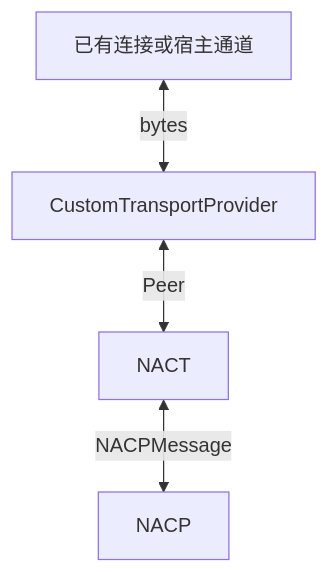
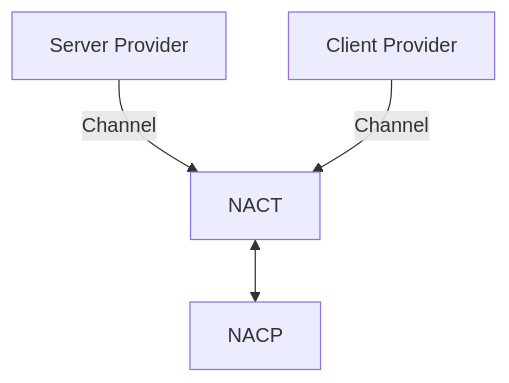
The diagram in docs/transport/nact/provider.md (ChenYFan/NASDK), drawn with Mermaid before and after one commit. The commit also changed other lines of this file and 182 other files, not shown here.

````diff
--- a/docs/transport/nact/provider.md
+++ b/docs/transport/nact/provider.md
@@ -15,11 +5,6 @@
 ```mermaid
 flowchart TD
-    H[已有连接或宿主通道]
-    C[CustomTransportProvider]
-    N[NACT]
-    P[NACP]
-
-    H <-->|bytes| C
-    C <-->|Peer| N
-    N <-->|NACPMessage| P
+    S[Server Provider] -->|Channel| T[NACT]
+    C[Client Provider] -->|Channel| T
+    T <--> P[NACP]
 ```
````
